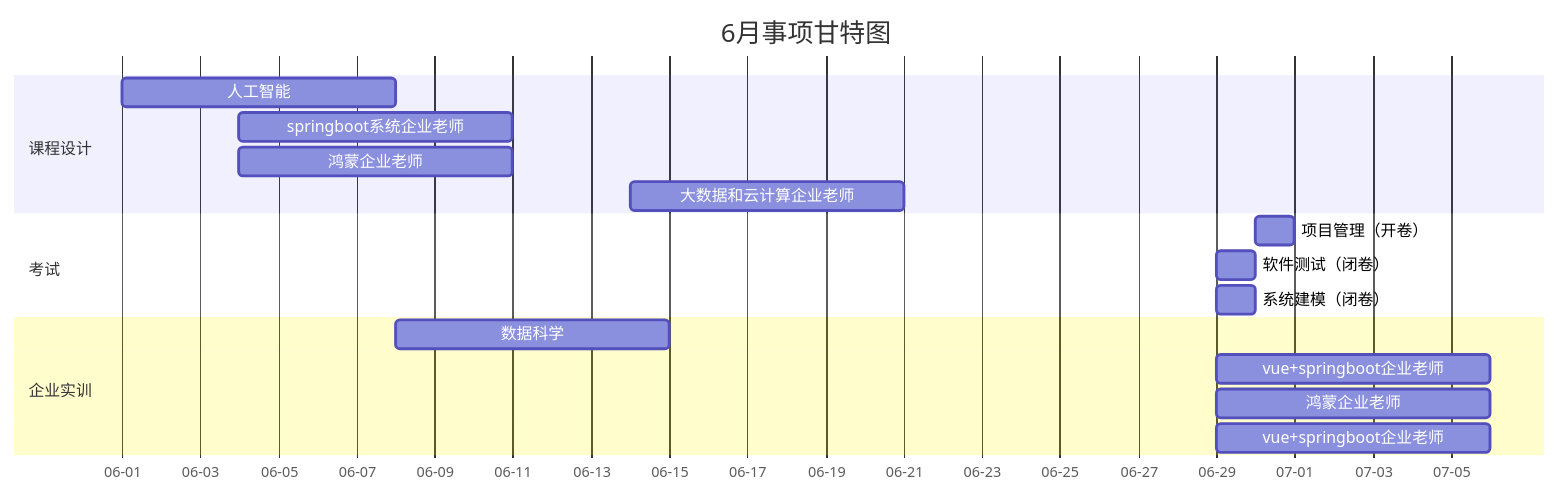
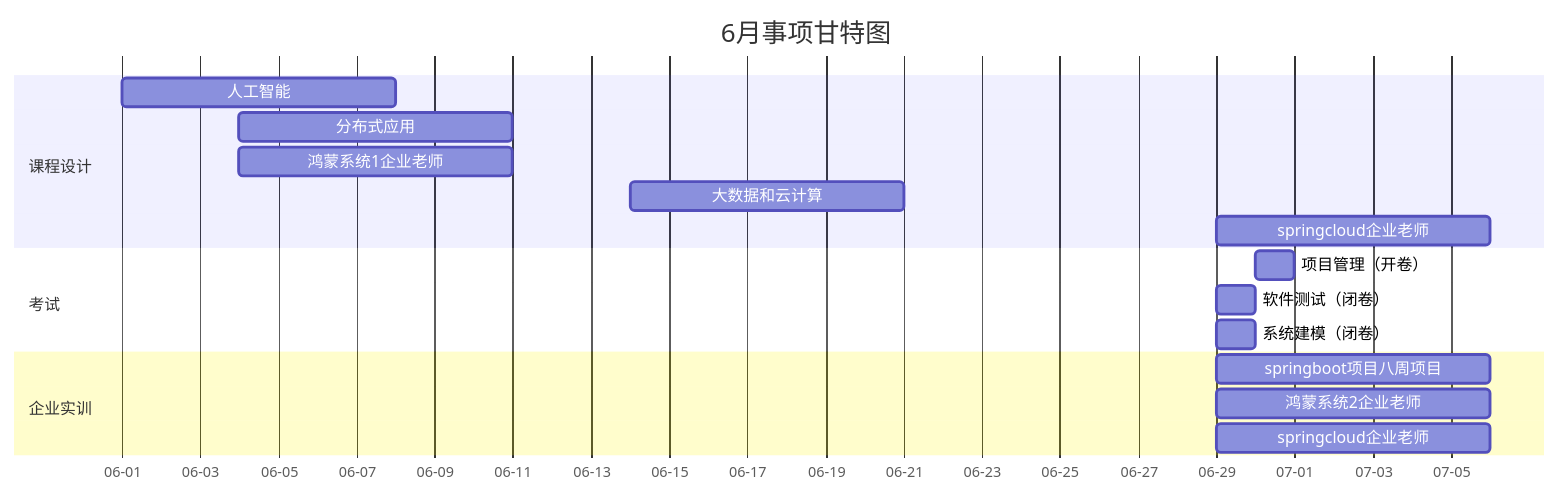
One commit to githoldder/Obsidian_vault changed the diagram in 01-Areas/010_时间管理/大三下考试周DDL.md. Above: the diagram before and after it, drawn with Mermaid.

Commit message:
vault backup: 2026-06-17 16:32:54

````diff
--- a/01-Areas/010_时间管理/大三下考试周DDL.md
+++ b/01-Areas/010_时间管理/大三下考试周DDL.md
@@ -2,23 +2,23 @@
 ```mermaid
 gantt
     title 6月事项甘特图
     dateFormat YYYY-MM-DD
     axisFormat  %m-%d 
     
     section 课程设计
     人工智能 :2026-6-1, 7d
-    springboot系统企业老师 :2026-6-4, 7d
-    鸿蒙企业老师 :2026-6-4, 7d
-    大数据和云计算企业老师 :2026-6-14, 7d
+    分布式应用 :2026-6-4, 7d
+    鸿蒙系统1企业老师 :2026-6-4, 7d
+    大数据和云计算 :2026-6-14, 7d
+    springcloud企业老师 :2026-6-29, 7d
     
     section 考试
     项目管理（开卷）:2026-6-30, 1d
     软件测试（闭卷）:2026-6-29, 1d
     系统建模（闭卷） :2026-6-29, 1d
     
     section 企业实训
-    数据科学 :2026-6-8, 7d
-    vue+springboot企业老师 :2026-6-29, 7d
-    鸿蒙企业老师 :2026-6-29, 7d
-    vue+springboot企业老师 :2026-6-29, 7d
+    springboot项目八周项目 :2026-6-29, 7d
+    鸿蒙系统2企业老师 :2026-6-29, 7d
+    springcloud企业老师 :2026-6-29, 7d
 ```
````
